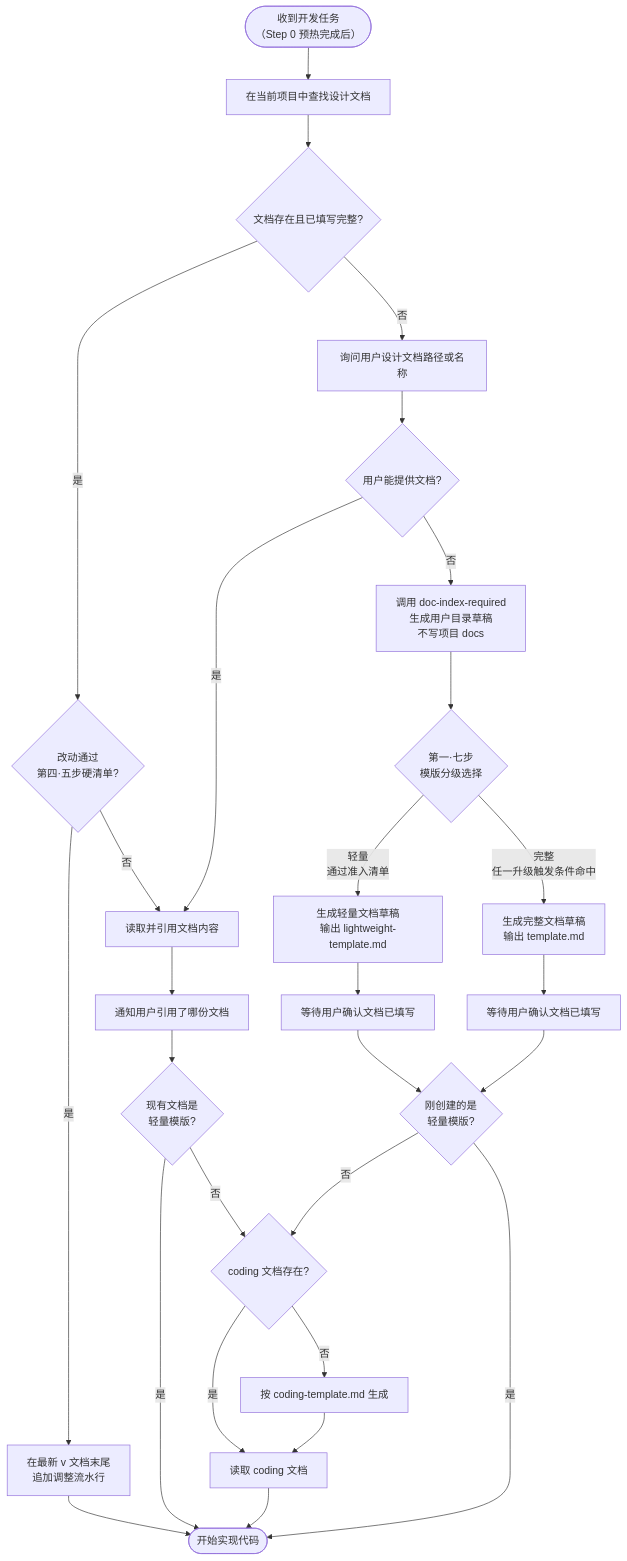
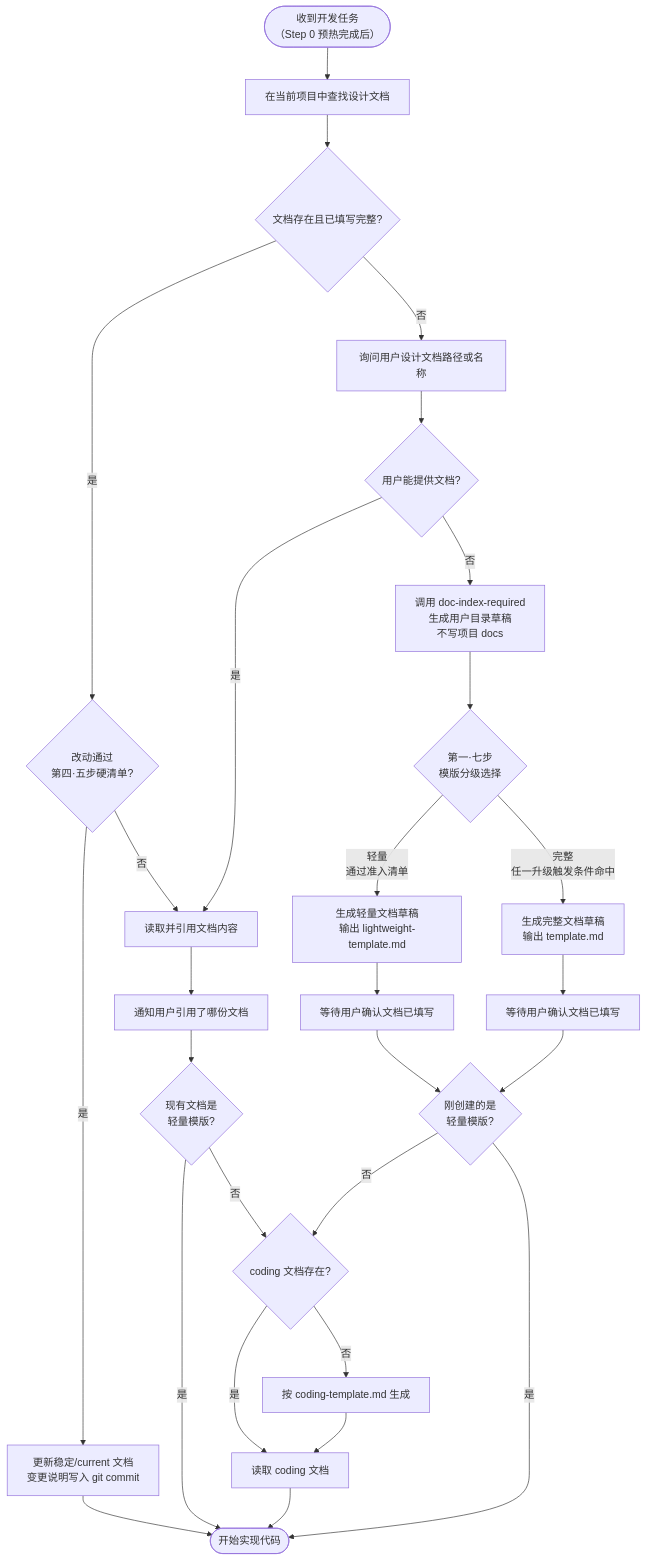
Before and after one commit to exception-coder/team-standards: the second of 2 diagrams in skills/design-doc-required/SKILL.md, drawn with Mermaid. The commit also changed other lines of this file and 9 other files, not shown here.

````diff
--- a/skills/design-doc-required/SKILL.md
+++ b/skills/design-doc-required/SKILL.md
@@ -64,30 +64,30 @@
 ```mermaid
 flowchart TD
     A(["收到开发任务\n（Step 0 预热完成后）"]) --> B["在当前项目中查找设计文档"]
     B --> C{"文档存在且已填写完整?"}
     C -->|"是"| LIGHT{"改动通过\n第四·五步硬清单?"}
-    LIGHT -->|"是"| LIGHT_LOG["在最新 v 文档末尾\n追加调整流水行"]
+    LIGHT -->|"是"| LIGHT_LOG["更新稳定/current 文档\n变更说明写入 git commit"]
     LIGHT_LOG --> Z(["开始实现代码"])
     LIGHT -->|"否"| D["读取并引用文档内容"]
     D --> E["通知用户引用了哪份文档"]
     E --> CODING_BR{"现有文档是\n轻量模版?"}
     CODING_BR -->|"是"| Z
     CODING_BR -->|"否"| CODING{"coding 文档存在?"}
     CODING -->|"是"| CODING_READ["读取 coding 文档"]
     CODING -->|"否"| CODING_GEN["按 coding-template.md 生成"]
     CODING_GEN --> CODING_READ
     CODING_READ --> Z
     C -->|"否"| F["询问用户设计文档路径或名称"]
     F --> G{"用户能提供文档?"}
     G -->|"是"| D
     G -->|"否"| USER_DOC["调用 doc-index-required\n生成用户目录草稿\n不写项目 docs"]
     USER_DOC --> WEIGHT{"第一·七步\n模版分级选择"}
     WEIGHT -->|"轻量\n通过准入清单"| H_LIGHT["生成轻量文档草稿\n输出 lightweight-template.md"]
     WEIGHT -->|"完整\n任一升级触发条件命中"| H_HEAVY["生成完整文档草稿\n输出 template.md"]
     H_LIGHT --> J_LIGHT["等待用户确认文档已填写"]
     H_HEAVY --> J_HEAVY["等待用户确认文档已填写"]
     J_LIGHT --> POST_WEIGHT{"刚创建的是\n轻量模版?"}
     J_HEAVY --> POST_WEIGHT
     POST_WEIGHT -->|"是"| Z
     POST_WEIGHT -->|"否"| CODING
 ```
````
